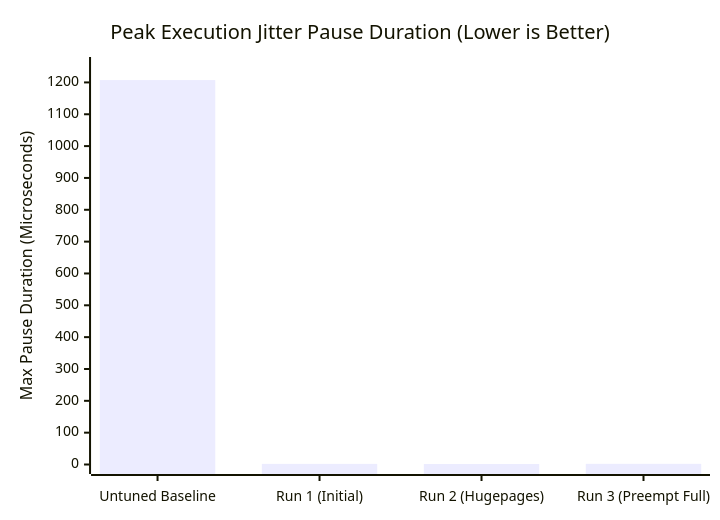
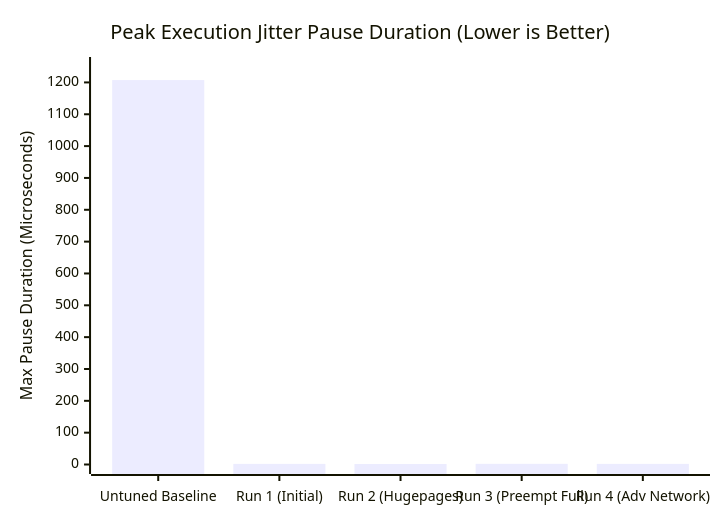
The first of 2 diagrams in results/BASELINE_VS_TUNED_FINAL_REPORT.md (wazzuck/hft), drawn with Mermaid before and after one commit. The commit also changed other lines of this file and 9 other files, not shown here.

````diff
--- a/results/BASELINE_VS_TUNED_FINAL_REPORT.md
+++ b/results/BASELINE_VS_TUNED_FINAL_REPORT.md
@@ -63,7 +71,7 @@
 ```mermaid
 xychart-beta
     title "Peak Execution Jitter Pause Duration (Lower is Better)"
-    x-axis ["Untuned Baseline", "Run 1 (Initial)", "Run 2 (Hugepages)", "Run 3 (Preempt Full)"]
+    x-axis ["Untuned Baseline", "Run 1 (Initial)", "Run 2 (Hugepages)", "Run 3 (Preempt Full)", "Run 4 (Adv Network)"]
     y-axis "Max Pause Duration (Microseconds)" 0 --> 1250
-    bar [1207.4, 1.88, 1.68, 2.12]
+    bar [1207.4, 1.88, 1.68, 2.12, 2.00]
 ```
````
